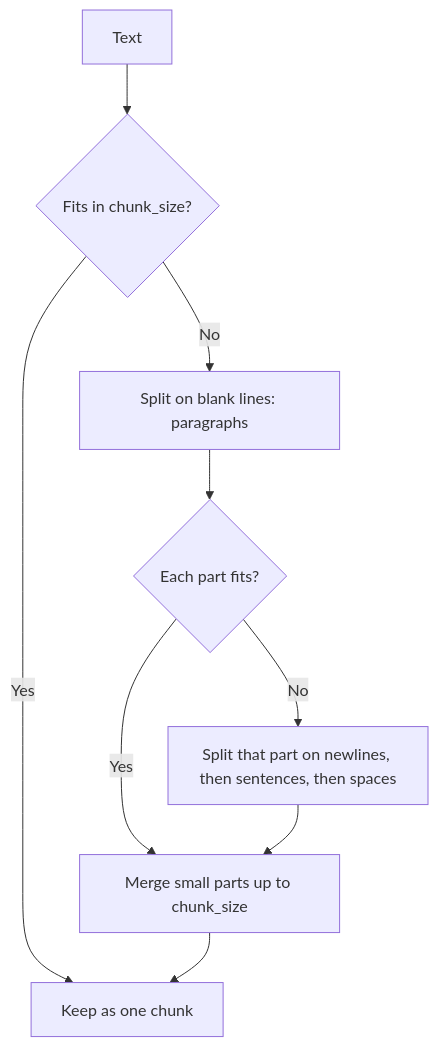
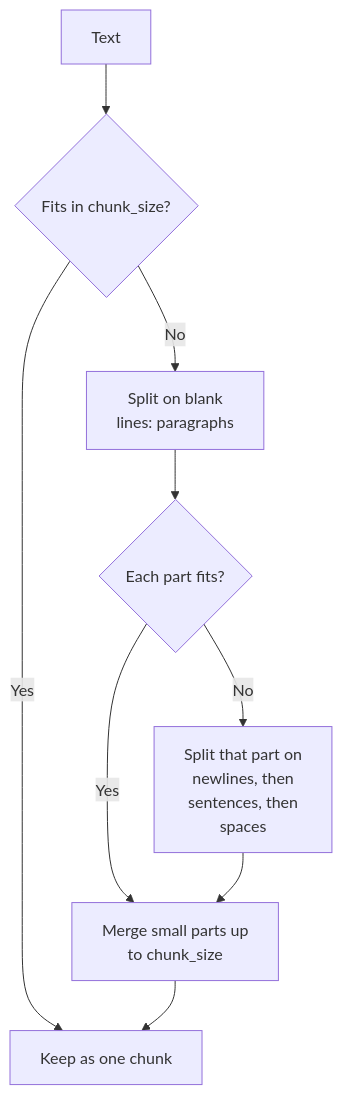
One commit to ajay-nikumbh/RAG-From-Basics-to-Production changed the second of 2 diagrams in 01. Naive RAG/notes/01. Basic Concepts/04. Chunking.md. Above: the diagram before and after it, drawn with Mermaid. The commit also changed other lines of this file and 38 other files, not shown here.

First line of the commit message:
Group root README by pattern, widen tables, wrap diagram labels

````diff
--- a/01. Naive RAG/notes/01. Basic Concepts/04. Chunking.md
+++ b/01. Naive RAG/notes/01. Basic Concepts/04. Chunking.md
@@ -87,11 +87,11 @@
 ```mermaid
 flowchart TB
     T[Text] --> P{Fits in chunk_size?}
     P -->|Yes| OUT[Keep as one chunk]
-    P -->|No| S1[Split on blank lines: paragraphs]
+    P -->|No| S1[Split on blank<br/>lines: paragraphs]
     S1 --> P2{Each part fits?}
-    P2 -->|Yes| MERGE[Merge small parts up to chunk_size]
-    P2 -->|No| S2[Split that part on newlines, then sentences, then spaces]
+    P2 -->|Yes| MERGE[Merge small parts up<br/>to chunk_size]
+    P2 -->|No| S2[Split that part on<br/>newlines, then<br/>sentences, then<br/>spaces]
     S2 --> MERGE
     MERGE --> OUT
 ```
````
